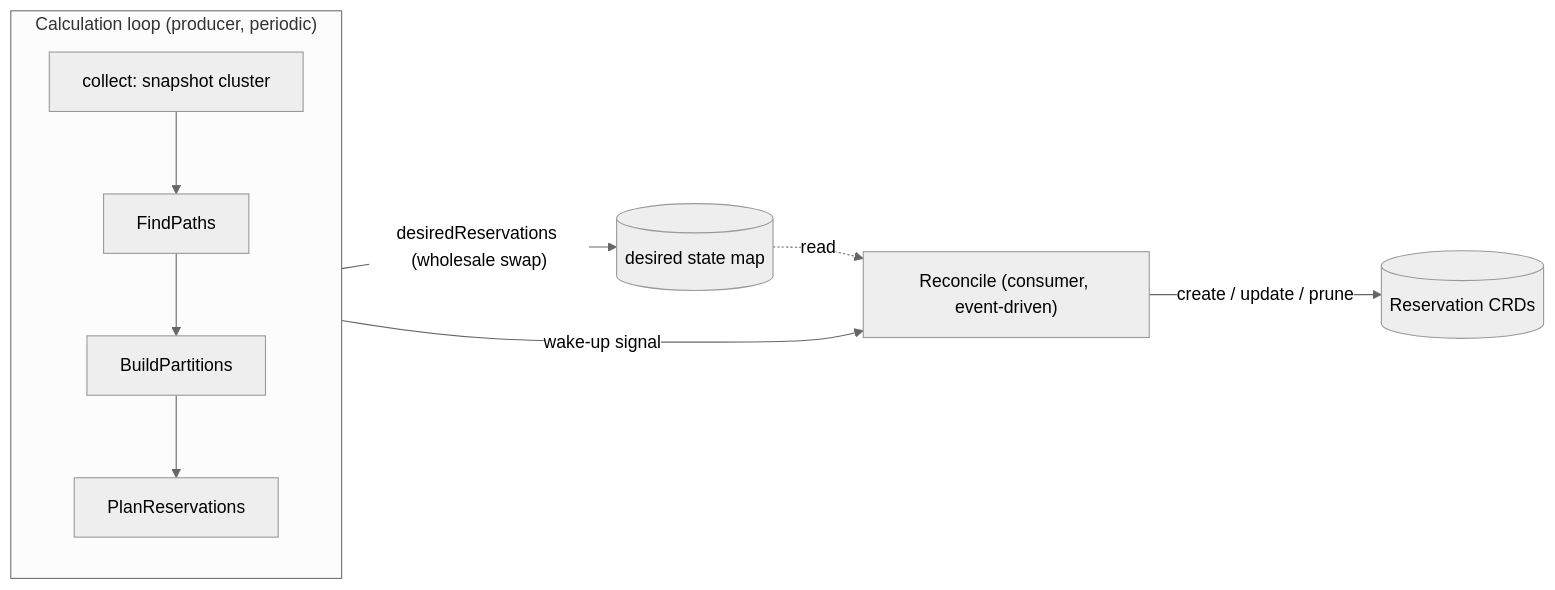
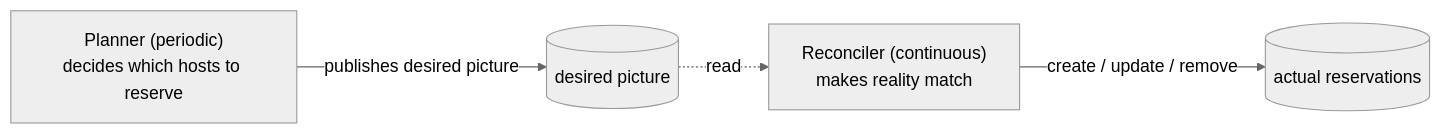
Before and after one commit to cobaltcore-dev/cortex: the first of 10 diagrams in docs/03-reservations-and-inventory/04-failover-host-reservations.md, drawn with Mermaid (neutral theme). The commit also changed other lines of this file, not shown here.

First line of the commit message:
docs(failoverhost): rewrite failover host reservations for human readers

````diff
--- a/docs/03-reservations-and-inventory/04-failover-host-reservations.md
+++ b/docs/03-reservations-and-inventory/04-failover-host-reservations.md
@@ -59,13 +71,6 @@
 ```mermaid
 flowchart LR
-    subgraph loop["Calculation loop (producer, periodic)"]
-        direction TB
-        COLLECT["collect: snapshot cluster"] --> PATHS["FindPaths"]
-        PATHS --> PARTS["BuildPartitions"]
-        PARTS --> PLAN["PlanReservations"]
-    end
-    PLAN -->|"desiredReservations (wholesale swap)"| STORE[("desired state map")]
-    loop -->|"wake-up signal"| RECON
-    STORE -.->|"read"| RECON["Reconcile (consumer, event-driven)"]
-    RECON -->|"create / update / prune"| CRD[("Reservation CRDs")]
+    PLAN["Planner (periodic)<br/>decides which hosts to reserve"] -->|"publishes desired picture"| STORE[("desired picture")]
+    STORE -.->|"read"| RECON["Reconciler (continuous)<br/>makes reality match"]
+    RECON -->|"create / update / remove"| REAL[("actual reservations")]
 ```
````
